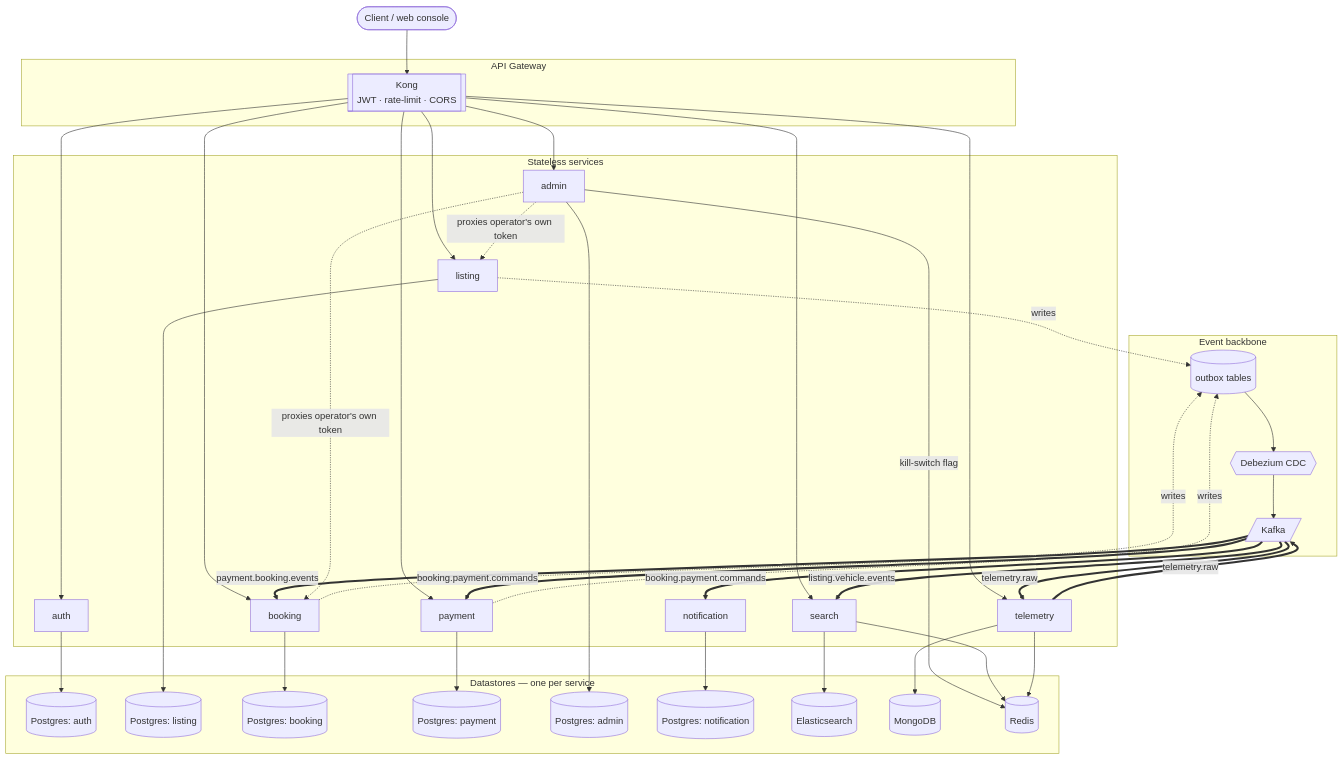
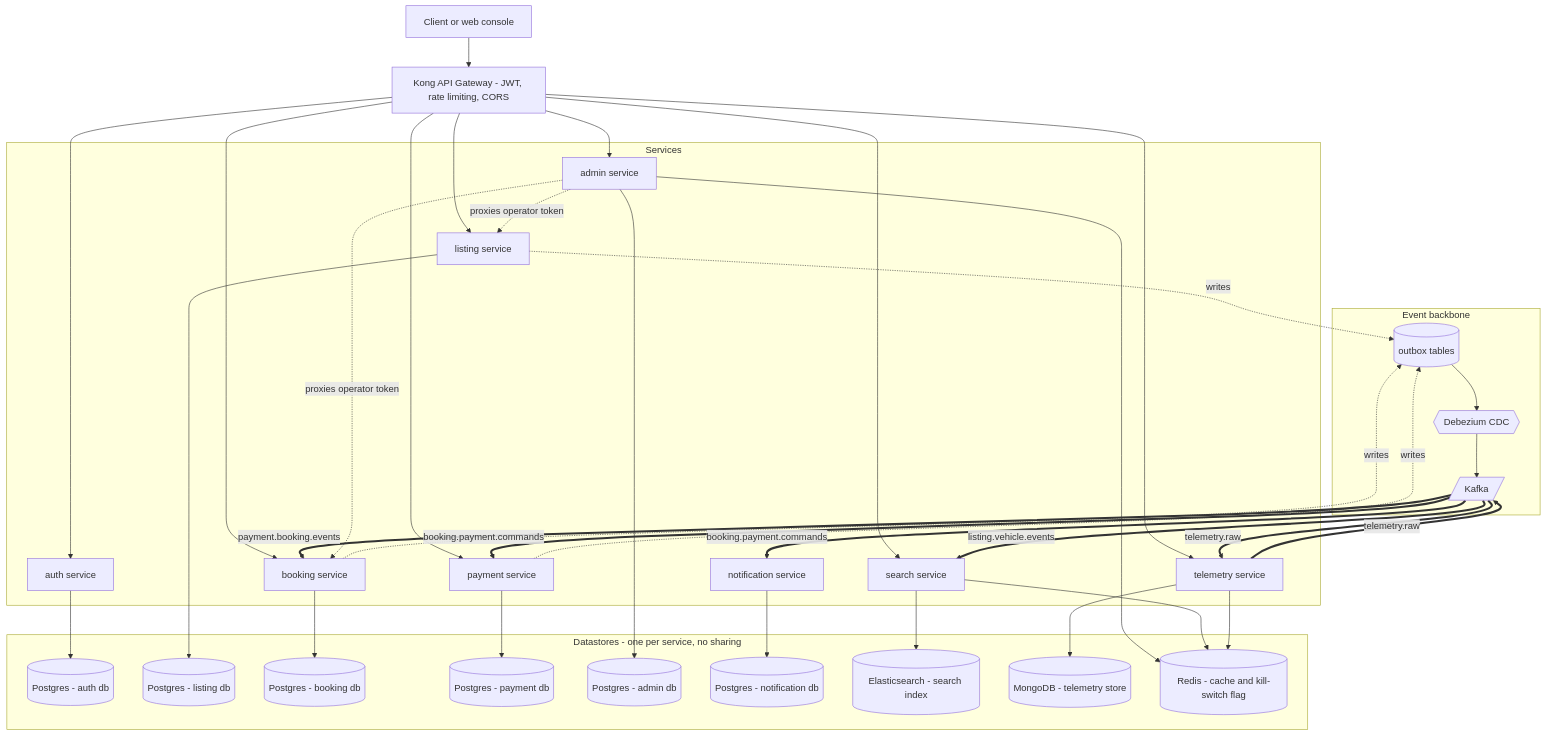
Before and after one commit to Gandalff2k/CarFlowMVP: the diagram in README.md, drawn with Mermaid. The commit also changed other lines of this file, not shown here.

````diff
--- a/README.md
+++ b/README.md
@@ -31,73 +34,70 @@
 ```mermaid
 flowchart TB
-    Client(["Client / web console"])
+    Client["Client or web console"]
+    Kong["Kong API Gateway - JWT, rate limiting, CORS"]
 
-    subgraph gw["API Gateway"]
-        Kong[["Kong<br/>JWT · rate-limit · CORS"]]
+    subgraph Services
+        Auth["auth service"]
+        Listing["listing service"]
+        Search["search service"]
+        Booking["booking service"]
+        Payment["payment service"]
+        Telemetry["telemetry service"]
+        Admin["admin service"]
+        Notification["notification service"]
     end
 
-    subgraph svc["Stateless services"]
-        Auth["auth"]
-        Listing["listing"]
-        Search["search"]
-        Booking["booking"]
-        Payment["payment"]
-        Telemetry["telemetry"]
-        Admin["admin"]
-        Notification["notification"]
-    end
-
-    subgraph bus["Event backbone"]
+    subgraph EventBackbone["Event backbone"]
         Outbox[("outbox tables")]
         Debezium{{"Debezium CDC"}}
         Kafka[/"Kafka"/]
     end
 
-    subgraph db["Datastores — one per service"]
-        PgAuth[("Postgres: auth")]
-        PgListing[("Postgres: listing")]
-        PgBooking[("Postgres: booking")]
-        PgPayment[("Postgres: payment")]
-        PgAdmin[("Postgres: admin")]
-        PgNotif[("Postgres: notification")]
-        ES[("Elasticsearch")]
-        Mongo[("MongoDB")]
-        Redis[("Redis")]
+    subgraph Datastores["Datastores - one per service, no sharing"]
+        PgAuth[("Postgres - auth db")]
+        PgListing[("Postgres - listing db")]
+        PgBooking[("Postgres - booking db")]
+        PgPayment[("Postgres - payment db")]
+        PgAdmin[("Postgres - admin db")]
+        PgNotif[("Postgres - notification db")]
+        ES[("Elasticsearch - search index")]
+        Mongo[("MongoDB - telemetry store")]
+        Redis[("Redis - cache and kill-switch flag")]
     end
 
     Client --> Kong
     Kong --> Auth
     Kong --> Listing
     Kong --> Search
     Kong --> Booking
     Kong --> Payment
     Kong --> Telemetry
     Kong --> Admin
 
     Listing -. writes .-> Outbox
     Booking -. writes .-> Outbox
     Payment -. writes .-> Outbox
     Outbox --> Debezium --> Kafka
 
     Kafka == "listing.vehicle.events" ==> Search
     Kafka == "booking.payment.commands" ==> Payment
     Kafka == "booking.payment.commands" ==> Notification
     Kafka == "payment.booking.events" ==> Booking
     Telemetry == "telemetry.raw" ==> Kafka
     Kafka == "telemetry.raw" ==> Telemetry
 
-    Admin -. "proxies operator's own token" .-> Listing
-    Admin -. "proxies operator's own token" .-> Booking
-    Admin -- "kill-switch flag" --> Redis
+    Admin -. "proxies operator token" .-> Listing
+    Admin -. "proxies operator token" .-> Booking
+    Admin --> Redis
 
     Auth --> PgAuth
     Listing --> PgListing
     Booking --> PgBooking
     Payment --> PgPayment
     Admin --> PgAdmin
     Notification --> PgNotif
     Search --> ES
     Search --> Redis
     Telemetry --> Mongo
     Telemetry --> Redis
 ```
````
